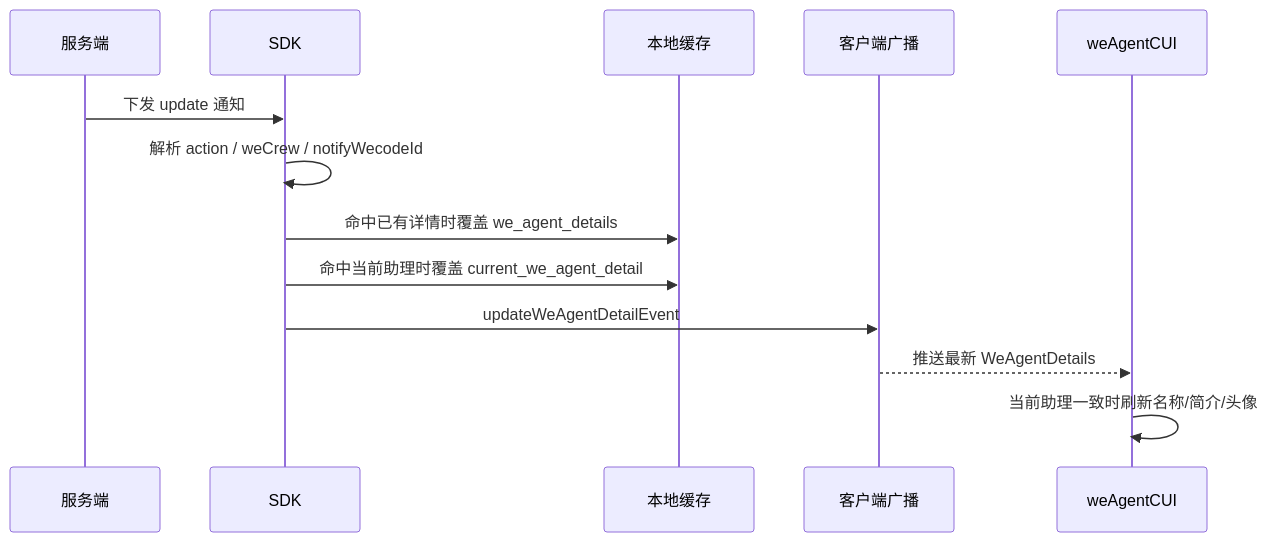
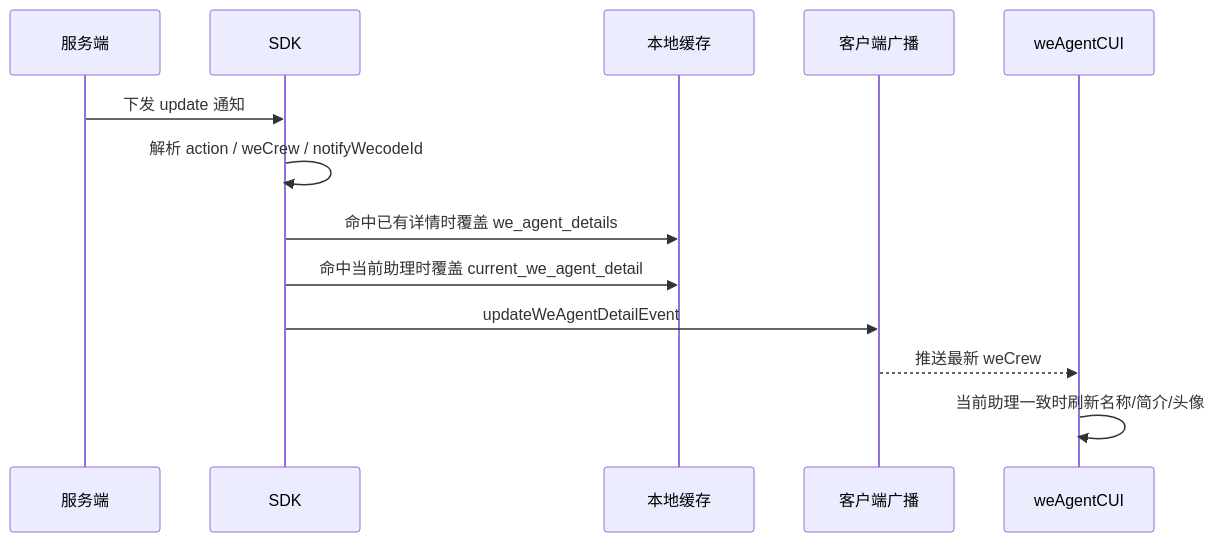
One commit to Abelsjcheng/skillSDK changed the third of 9 diagrams in 2026-05-08-we-agent-detail-sync-plan.md. Above: the diagram before and after it, drawn with Mermaid. The commit also changed other lines of this file, not shown here.

````diff
--- a/2026-05-08-we-agent-detail-sync-plan.md
+++ b/2026-05-08-we-agent-detail-sync-plan.md
@@ -80,16 +81,16 @@
 ```mermaid
 sequenceDiagram
     participant Server as 服务端
     participant SDK as SDK
     participant Cache as 本地缓存
     participant Broadcast as 客户端广播
     participant Page as weAgentCUI
 
     Server->>SDK: 下发 update 通知
     SDK->>SDK: 解析 action / weCrew / notifyWecodeId
     SDK->>Cache: 命中已有详情时覆盖 we_agent_details
     SDK->>Cache: 命中当前助理时覆盖 current_we_agent_detail
     SDK->>Broadcast: updateWeAgentDetailEvent
-    Broadcast-->>Page: 推送最新 WeAgentDetails
+    Broadcast-->>Page: 推送最新 weCrew
     Page->>Page: 当前助理一致时刷新名称/简介/头像
 ```
````
